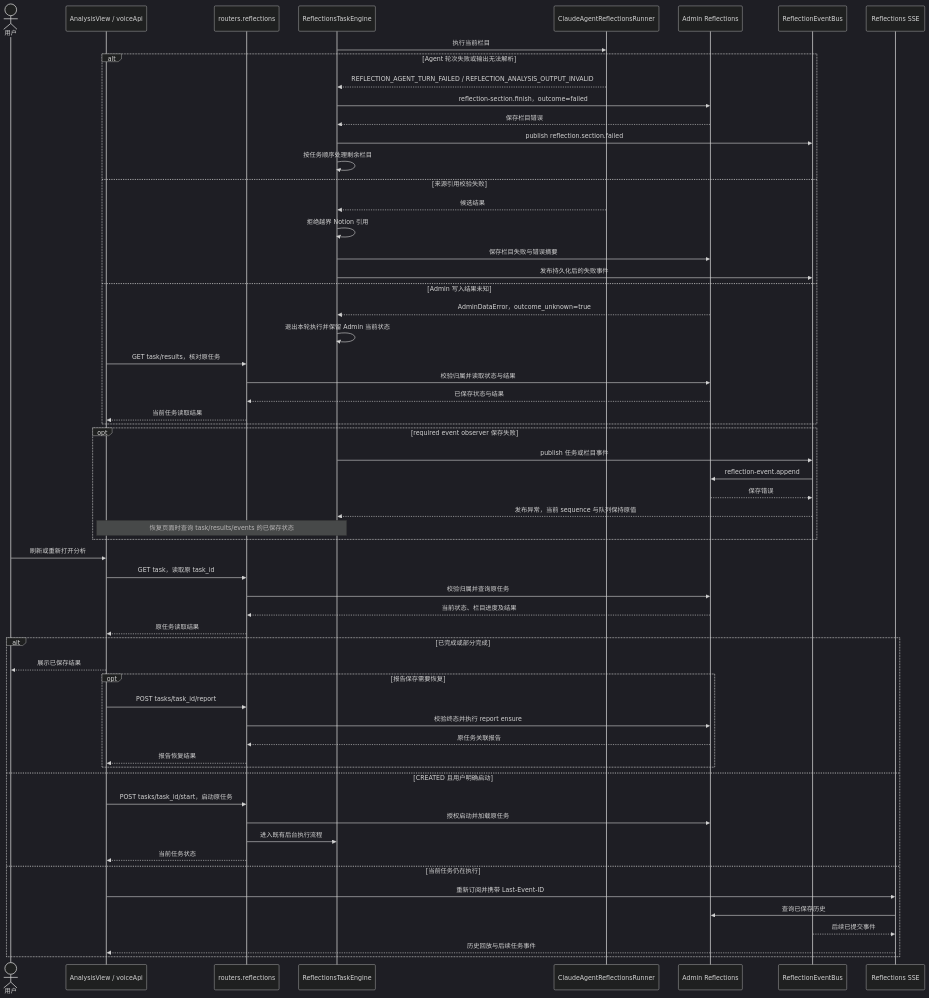
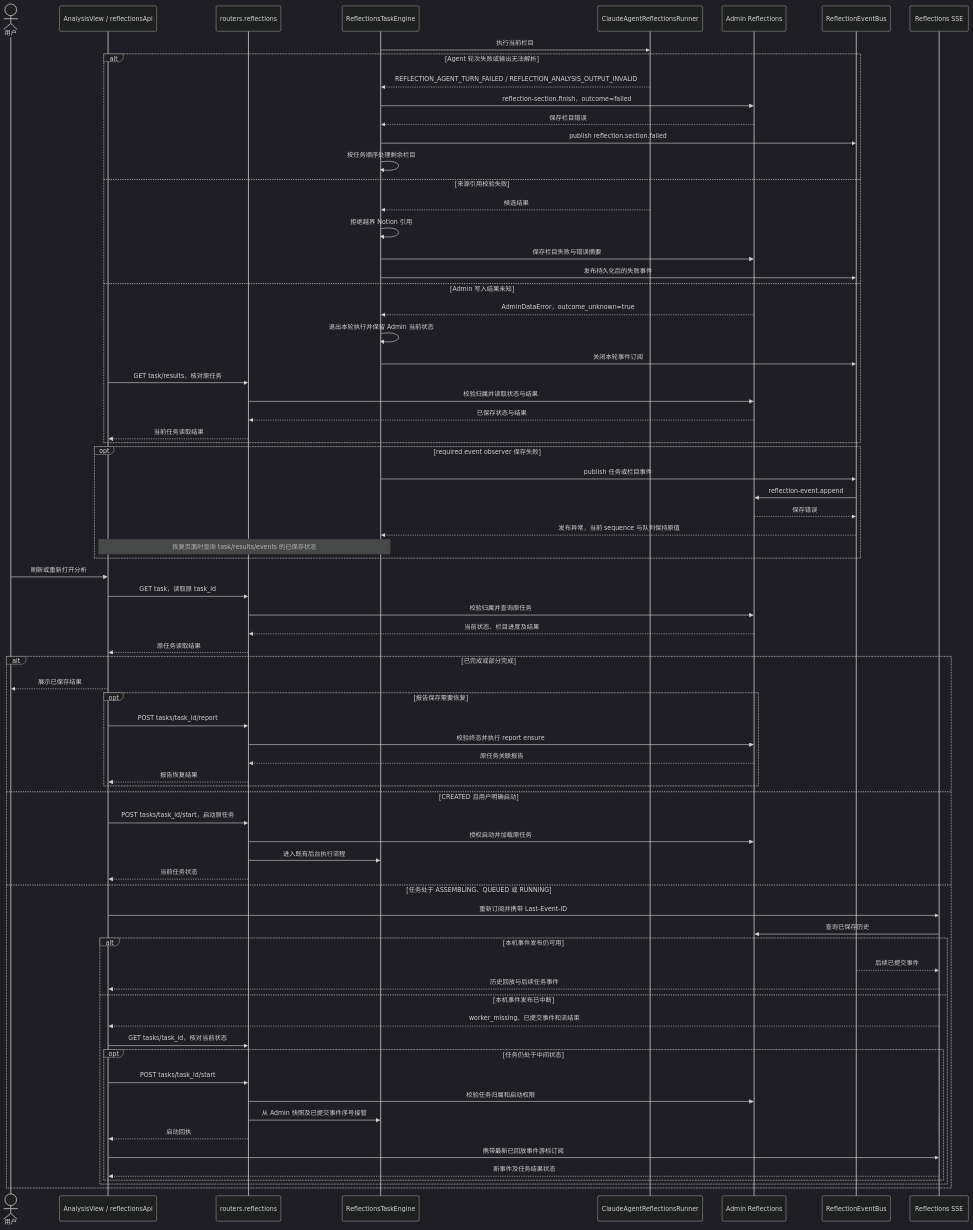
One commit to glide-the/im-dream changed the fourth of 6 diagrams in docs/design/memory/reflections-agent-interaction-design.md. Above: the diagram before and after it, drawn with Mermaid (dark theme). The commit also changed other lines of this file and 25 other files, not shown here.

Commit message:
fix(reflections): recover and stop interrupted analysis

````diff
--- a/docs/design/memory/reflections-agent-interaction-design.md
+++ b/docs/design/memory/reflections-agent-interaction-design.md
@@ -237,62 +241,76 @@
 ```mermaid
 sequenceDiagram
     actor U as 用户
-    participant FE as AnalysisView / voiceApi
+    participant FE as AnalysisView / reflectionsApi
     participant API as routers.reflections
     participant E as ReflectionsTaskEngine
     participant R as ClaudeAgentReflectionsRunner
     participant A as Admin Reflections
     participant B as ReflectionEventBus
     participant S as Reflections SSE
     E->>R: 执行当前栏目
     alt Agent 轮次失败或输出无法解析
         R-->>E: REFLECTION_AGENT_TURN_FAILED / REFLECTION_ANALYSIS_OUTPUT_INVALID
         E->>A: reflection-section.finish，outcome=failed
         A-->>E: 保存栏目错误
         E->>B: publish reflection.section.failed
         E->>E: 按任务顺序处理剩余栏目
     else 来源引用校验失败
         R-->>E: 候选结果
         E->>E: 拒绝越界 Notion 引用
         E->>A: 保存栏目失败与错误摘要
         E->>B: 发布持久化后的失败事件
     else Admin 写入结果未知
         A-->>E: AdminDataError，outcome_unknown=true
         E->>E: 退出本轮执行并保留 Admin 当前状态
+        E->>B: 关闭本轮事件订阅
         FE->>API: GET task/results，核对原任务
         API->>A: 校验归属并读取状态与结果
         A-->>API: 已保存状态与结果
         API-->>FE: 当前任务读取结果
     end
     opt required event observer 保存失败
         E->>B: publish 任务或栏目事件
         B->>A: reflection-event.append
         A-->>B: 保存错误
         B-->>E: 发布异常，当前 sequence 与队列保持原值
         Note over E,FE: 恢复页面时查询 task/results/events 的已保存状态
     end
     U->>FE: 刷新或重新打开分析
     FE->>API: GET task，读取原 task_id
     API->>A: 校验归属并查询原任务
     A-->>API: 当前状态、栏目进度及结果
     API-->>FE: 原任务读取结果
     alt 已完成或部分完成
         FE-->>U: 展示已保存结果
         opt 报告保存需要恢复
             FE->>API: POST tasks/task_id/report
             API->>A: 校验终态并执行 report ensure
             A-->>API: 原任务关联报告
             API-->>FE: 报告恢复结果
         end
     else CREATED 且用户明确启动
         FE->>API: POST tasks/task_id/start，启动原任务
         API->>A: 授权启动并加载原任务
         API->>E: 进入既有后台执行流程
         API-->>FE: 当前任务状态
-    else 当前任务仍在执行
+    else 任务处于 ASSEMBLING、QUEUED 或 RUNNING
         FE->>S: 重新订阅并携带 Last-Event-ID
         S->>A: 查询已保存历史
-        B-->>S: 后续已提交事件
-        S-->>FE: 历史回放与后续任务事件
+        alt 本机事件发布仍可用
+            B-->>S: 后续已提交事件
+            S-->>FE: 历史回放与后续任务事件
+        else 本机事件发布已中断
+            S-->>FE: worker_missing、已提交事件和流结束
+            FE->>API: GET tasks/task_id，核对当前状态
+            opt 任务仍处于中间状态
+                FE->>API: POST tasks/task_id/start
+                API->>A: 校验任务归属和启动权限
+                API->>E: 从 Admin 快照及已提交事件序号接管
+                API-->>FE: 启动回执
+                FE->>S: 携带最新已回放事件游标订阅
+                S-->>FE: 新事件及任务结果状态
+            end
+        end
     end
 ```
````
